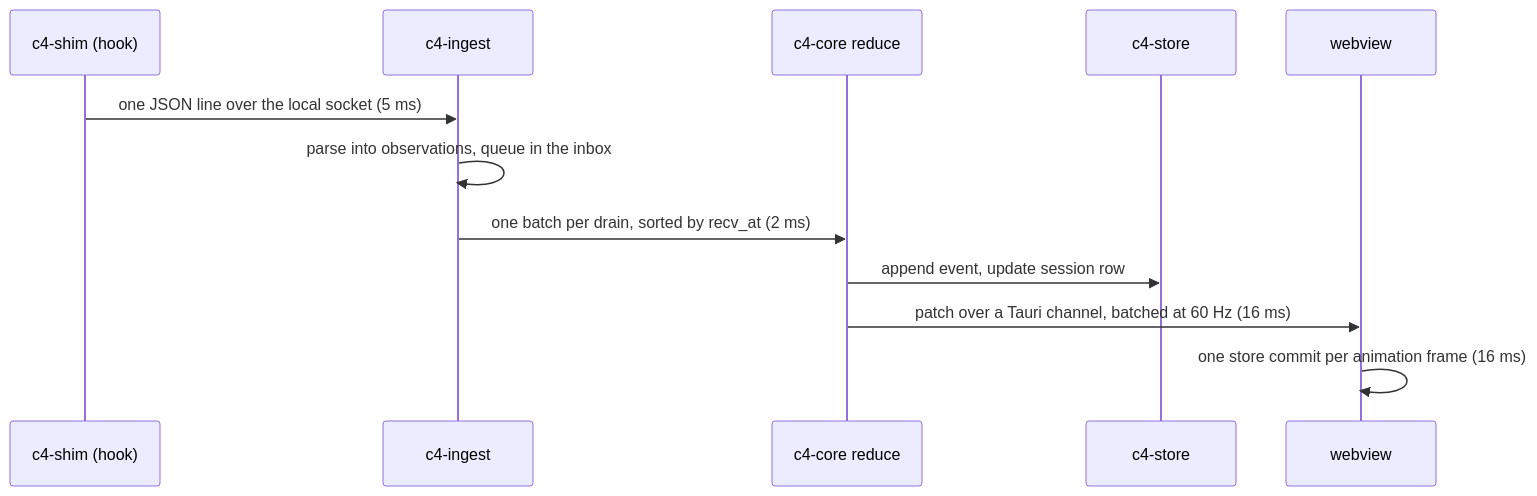
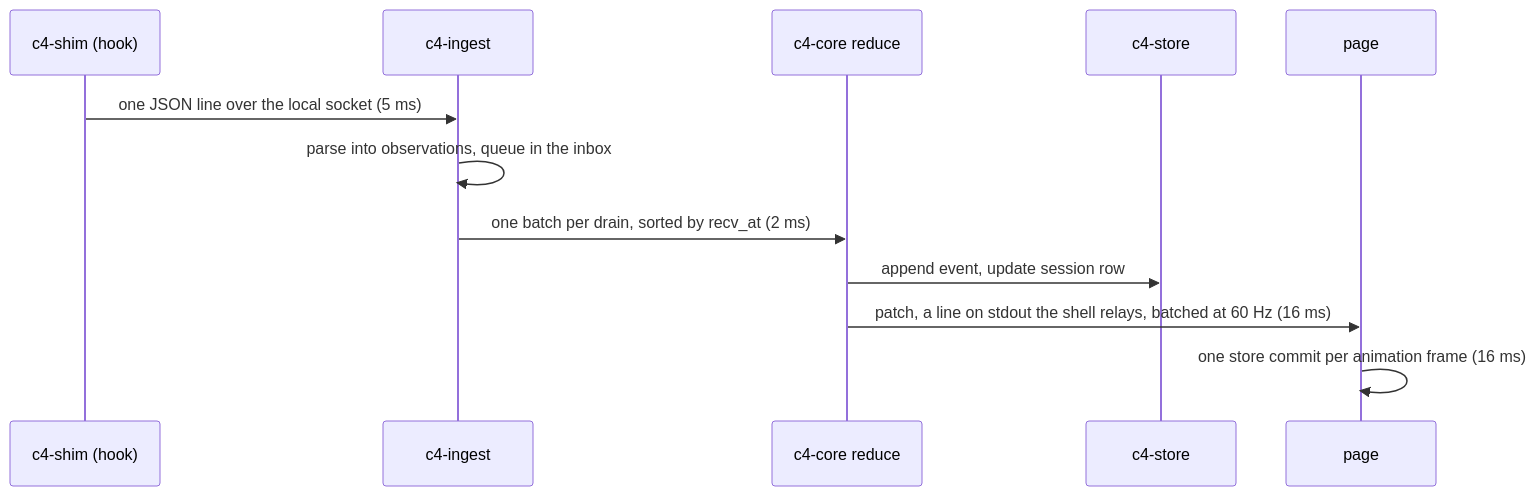
Before and after one commit to watchthelight/C4: the third of 4 diagrams in docs/ARCHITECTURE.md, drawn with Mermaid. The commit also changed other lines of this file and 6 other files, not shown here.

First line of the commit message:
docs: the architecture and the plan say electron

````diff
--- a/docs/ARCHITECTURE.md
+++ b/docs/ARCHITECTURE.md
@@ -165,14 +203,14 @@
 ```mermaid
 sequenceDiagram
     participant S as c4-shim (hook)
     participant I as c4-ingest
     participant C as c4-core reduce
     participant St as c4-store
-    participant UI as webview
+    participant UI as page
     S->>I: one JSON line over the local socket (5 ms)
     I->>I: parse into observations, queue in the inbox
     I->>C: one batch per drain, sorted by recv_at (2 ms)
     C->>St: append event, update session row
-    C->>UI: patch over a Tauri channel, batched at 60 Hz (16 ms)
+    C->>UI: patch, a line on stdout the shell relays, batched at 60 Hz (16 ms)
     UI->>UI: one store commit per animation frame (16 ms)
 ```
````
